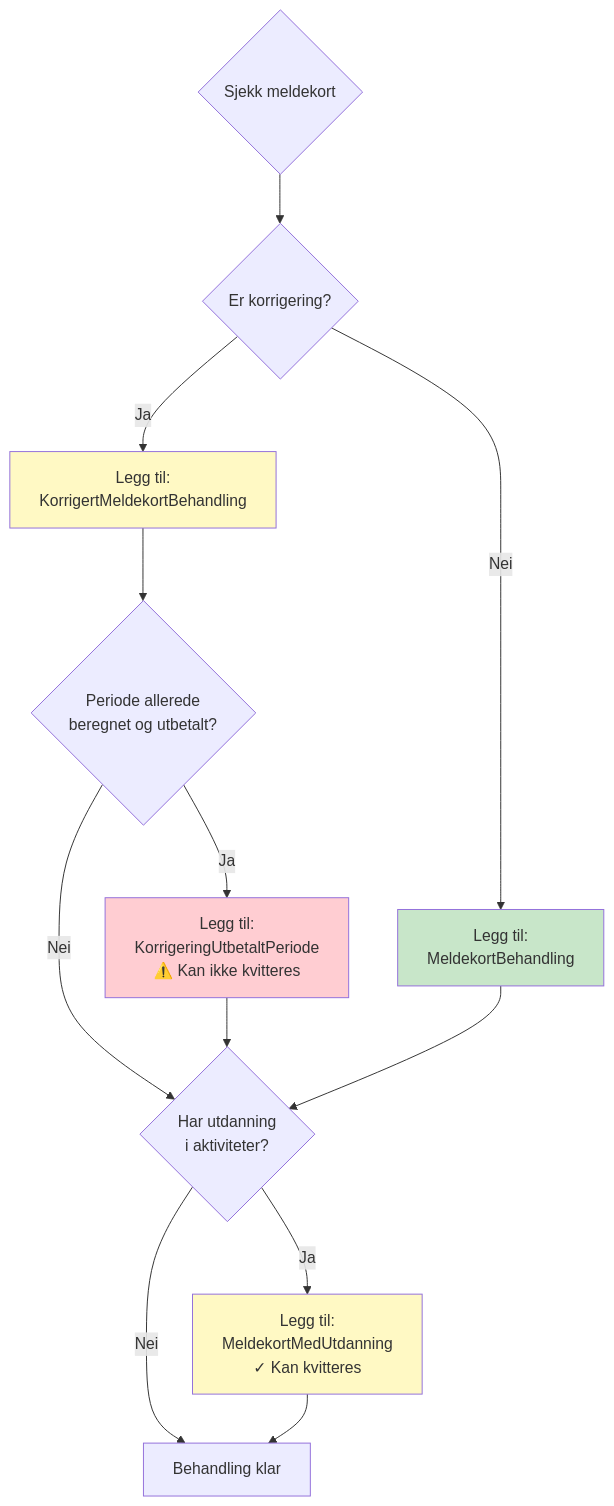
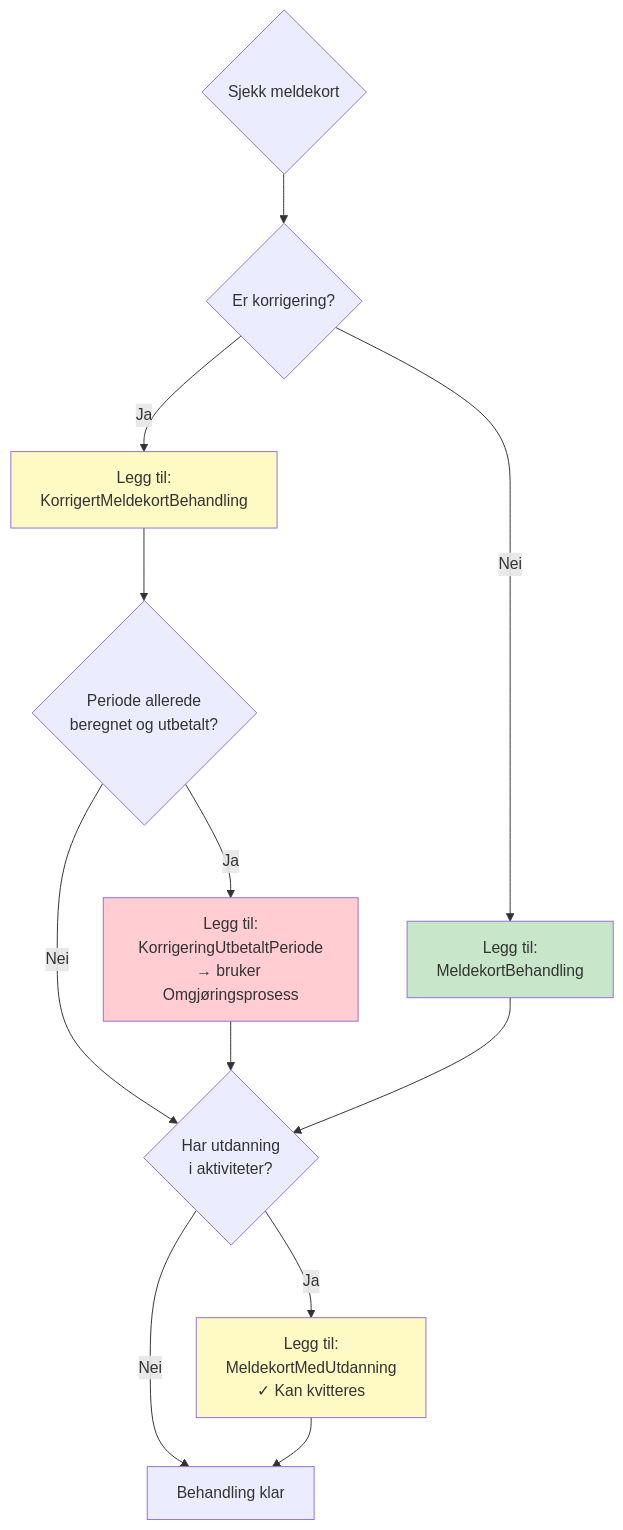
One commit to navikt/dp-behandling changed the sixth of 9 diagrams in docs/beregning-meldekort-flyt.md. Above: the diagram before and after it, drawn with Mermaid. The commit also changed other lines of this file, not shown here.

Commit message:
Endret dokumentasjon på meldekortberegning etter å ha gått bort fra navnet "bøtter" til "satsgrupper"

````diff
--- a/docs/beregning-meldekort-flyt.md
+++ b/docs/beregning-meldekort-flyt.md
@@ -279,25 +306,25 @@
 ```mermaid
 flowchart TD
     START{Sjekk meldekort} --> K{Er korrigering?}
     
     K -->|Ja| K1[Legg til:<br/>KorrigertMeldekortBehandling]
     K1 --> K2{Periode allerede<br/>beregnet og utbetalt?}
-    K2 -->|Ja| K3[Legg til:<br/>KorrigeringUtbetaltPeriode<br/>⚠️ Kan ikke kvitteres]
+    K2 -->|Ja| K3[Legg til:<br/>KorrigeringUtbetaltPeriode<br/>→ bruker Omgjøringsprosess]
     K2 -->|Nei| U
     
     K -->|Nei| M[Legg til:<br/>MeldekortBehandling]
     
     K3 --> U
     M --> U
     
     U{Har utdanning<br/>i aktiviteter?}
     U -->|Ja| U1[Legg til:<br/>MeldekortMedUtdanning<br/>✓ Kan kvitteres]
     U -->|Nei| END
     
     U1 --> END[Behandling klar]
     
     style K1 fill:#fff9c4
     style K3 fill:#ffcdd2
     style M fill:#c8e6c9
     style U1 fill:#fff9c4
 ```
````
